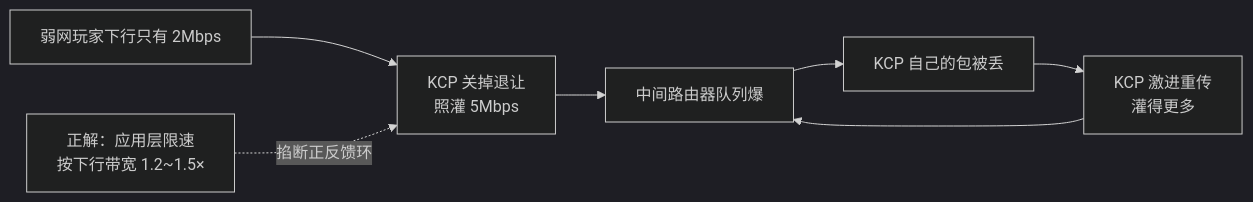
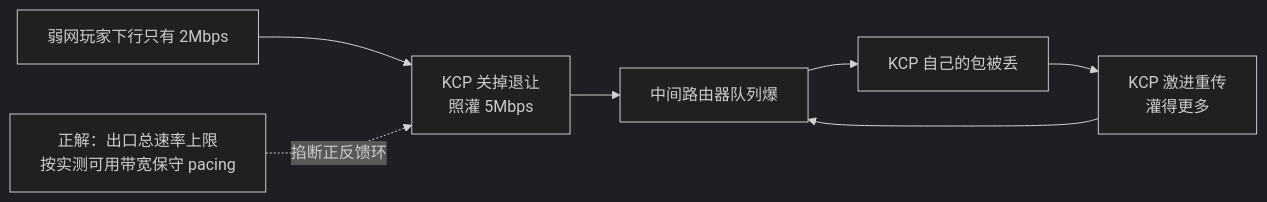
The eighth of 9 diagrams in 01-基础底座/13-TCP与UDP/知识点.md (ml-cuizijun/LearnToLilith), drawn with Mermaid (dark theme) before and after one commit. The commit also changed other lines of this file, not shown here.

````diff
--- a/01-基础底座/13-TCP与UDP/知识点.md
+++ b/01-基础底座/13-TCP与UDP/知识点.md
@@ -493,9 +493,9 @@
 ```mermaid
 flowchart LR
     A["弱网玩家下行只有 2Mbps"] --> B["KCP 关掉退让<br/>照灌 5Mbps"]
     B --> C["中间路由器队列爆"]
     C --> D["KCP 自己的包被丢"]
     D --> E["KCP 激进重传<br/>灌得更多"]
     E --> C
-    F["正解：应用层限速<br/>按下行带宽 1.2~1.5×"] -.->|掐断正反馈环| B
+    F["正解：出口总速率上限<br/>按实测可用带宽保守 pacing"] -.->|掐断正反馈环| B
 ```
````
